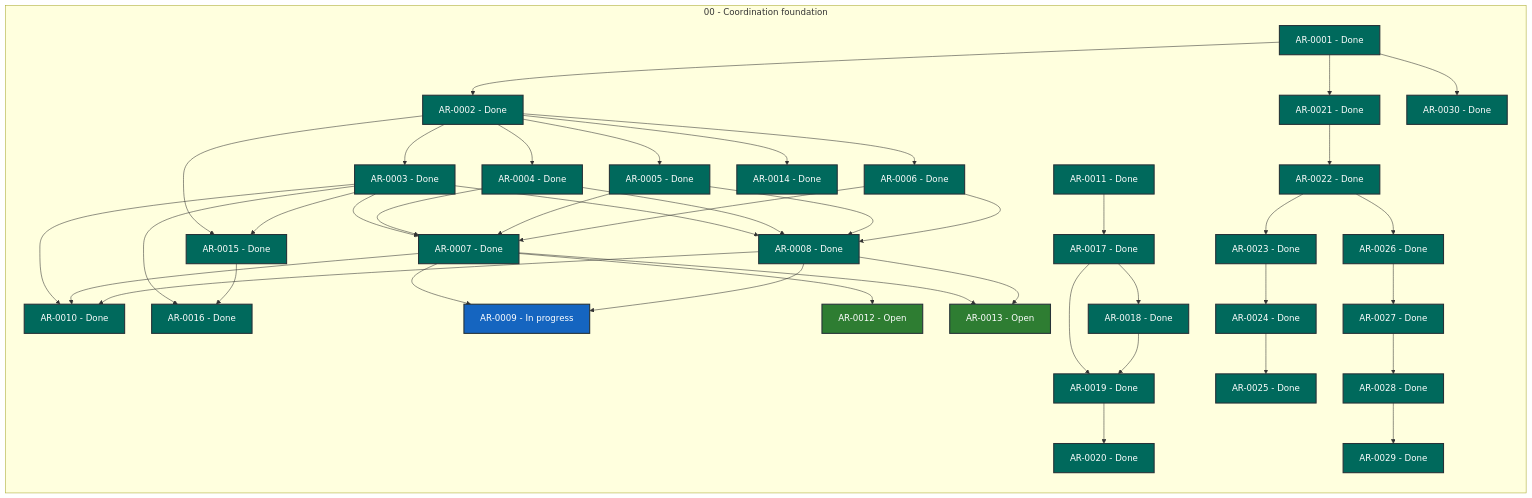
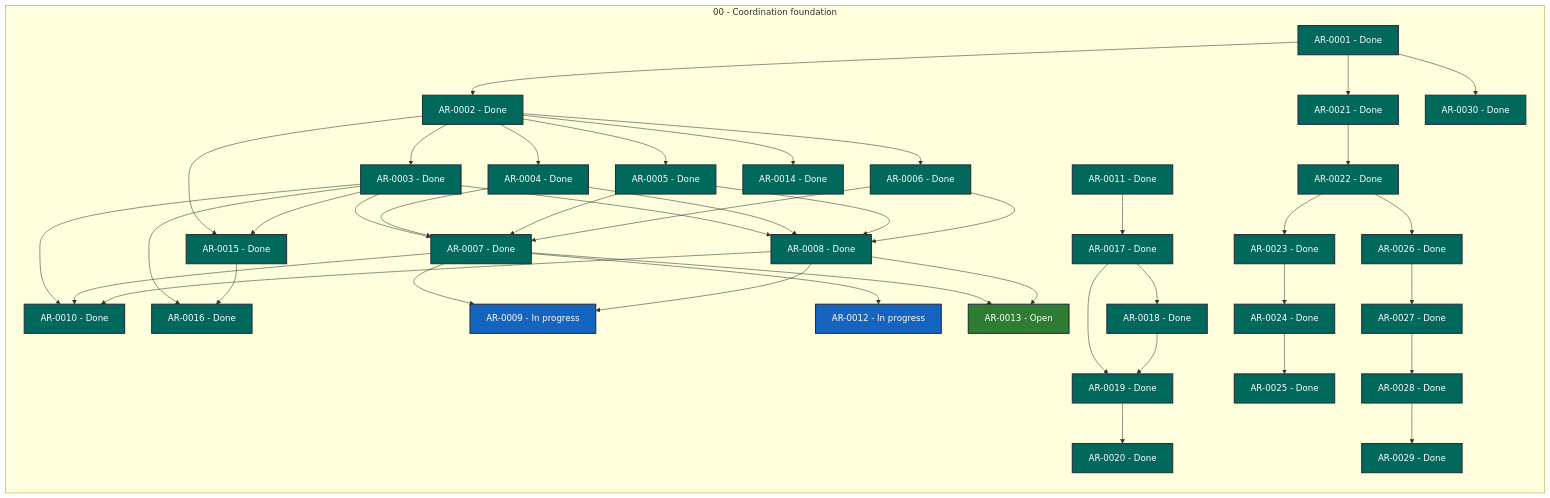
The diagram in STATUS.md (martin-beck/agent-workflow-coordinator-state), drawn with Mermaid before and after one commit. The commit also changed other lines of this file and 2 other files, not shown here.

```diff
--- a/STATUS.md
+++ b/STATUS.md
@@ -39,7 +39,7 @@
         AR_0009["AR-0009 - In progress"]:::status_in_progress
         AR_0010["AR-0010 - Done"]:::status_done
         AR_0011["AR-0011 - Done"]:::status_done
-        AR_0012["AR-0012 - Open"]:::status_open
+        AR_0012["AR-0012 - In progress"]:::status_in_progress
         AR_0013["AR-0013 - Open"]:::status_open
         AR_0014["AR-0014 - Done"]:::status_done
         AR_0015["AR-0015 - Done"]:::status_done
```
